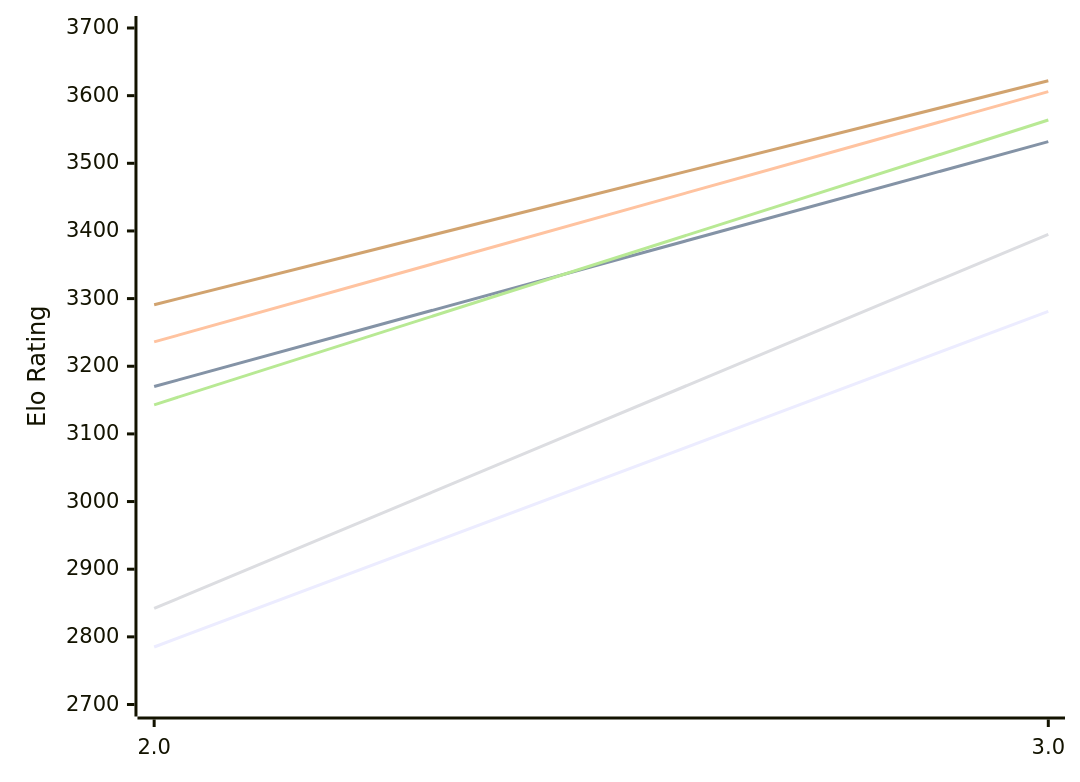
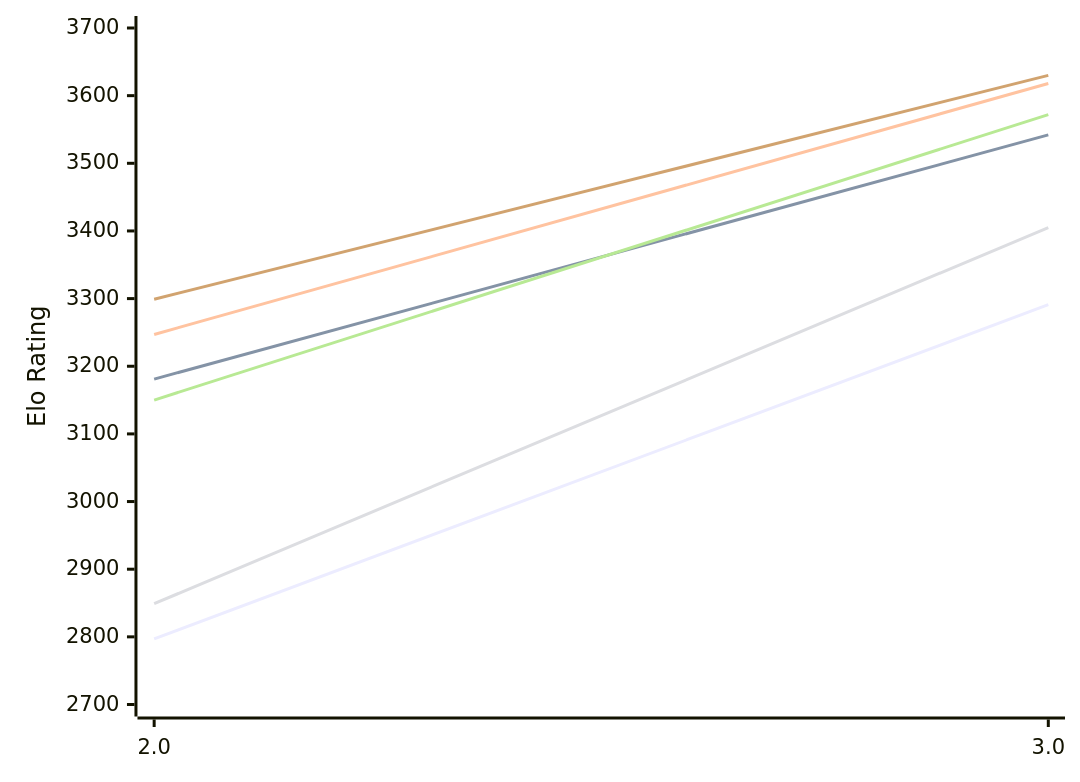
Before and after one commit to computer-chess-index/cci: the diagram in engines/Funcomp.md, drawn with Mermaid. The commit also changed other lines of this file, not shown here.

Commit message:
Update CCI Ratings (ELO VLTC) - 2026-10-25

````diff
--- a/engines/Funcomp.md
+++ b/engines/Funcomp.md
@@ -49,12 +49,12 @@
 ```mermaid
 %%{init: {"theme":"base","themeVariables":{"seriesColors:['#a3a3a3','#222221','#faa371']}}}%%
 xychart-beta
   x-axis ["2.0", "3.0"]
   y-axis "Elo Rating" 2700 --> 3700
-  line "E1: STC (8.0+0.08s)" [2785, 3281]
-  line "E1: LTC (60.0+0.60s)" [3170, 3532]
-  line "E1: VLTC (2m24s+1.12s)" [3236, 3606]
-  line "P1: STC (8.0+0.08s)" [2842, 3395]
-  line "P1: LTC (60.0+0.60s)" [3143, 3564]
-  line "P1: VLTC (2m24s+1.12s)" [3291, 3622]
+  line "E1: STC (8.0+0.08s)" [2797, 3291]
+  line "E1: LTC (60.0+0.60s)" [3181, 3542]
+  line "E1: VLTC (2m24s+1.12s)" [3247, 3618]
+  line "P1: STC (8.0+0.08s)" [2849, 3405]
+  line "P1: LTC (60.0+0.60s)" [3150, 3572]
+  line "P1: VLTC (2m24s+1.12s)" [3299, 3630]
 ```
````
